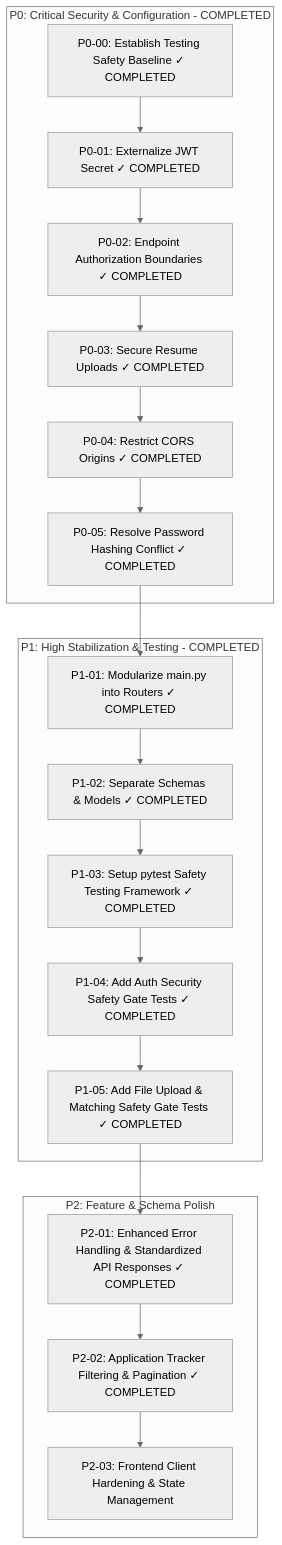
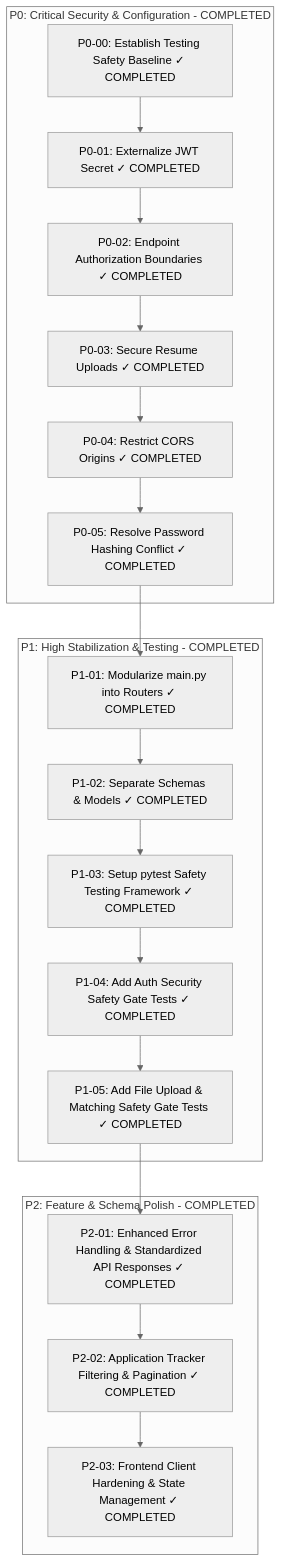
The diagram in docs/ROADMAP.md (AlvinMutie/Job-seer), drawn with Mermaid (neutral theme) before and after one commit. The commit also changed other lines of this file and 25 other files, not shown here.

````diff
--- a/docs/ROADMAP.md
+++ b/docs/ROADMAP.md
@@ -9,27 +9,27 @@
 ```mermaid
 flowchart TD
     subgraph P0 [P0: Critical Security & Configuration - COMPLETED]
         P0-00[P0-00: Establish Testing Safety Baseline ✓ COMPLETED]
         P0-01[P0-01: Externalize JWT Secret ✓ COMPLETED]
         P0-02[P0-02: Endpoint Authorization Boundaries ✓ COMPLETED]
         P0-03[P0-03: Secure Resume Uploads ✓ COMPLETED]
         P0-04[P0-04: Restrict CORS Origins ✓ COMPLETED]
         P0-05[P0-05: Resolve Password Hashing Conflict ✓ COMPLETED]
     end
 
     subgraph P1 [P1: High Stabilization & Testing - COMPLETED]
         P1-01[P1-01: Modularize main.py into Routers ✓ COMPLETED]
         P1-02[P1-02: Separate Schemas & Models ✓ COMPLETED]
         P1-03[P1-03: Setup pytest Safety Testing Framework ✓ COMPLETED]
         P1-04[P1-04: Add Auth Security Safety Gate Tests ✓ COMPLETED]
         P1-05[P1-05: Add File Upload & Matching Safety Gate Tests ✓ COMPLETED]
     end
 
-    subgraph P2 [P2: Feature & Schema Polish]
+    subgraph P2 [P2: Feature & Schema Polish - COMPLETED]
         P2-01[P2-01: Enhanced Error Handling & Standardized API Responses ✓ COMPLETED]
         P2-02[P2-02: Application Tracker Filtering & Pagination ✓ COMPLETED]
-        P2-03[P2-03: Frontend Client Hardening & State Management]
+        P2-03[P2-03: Frontend Client Hardening & State Management ✓ COMPLETED]
     end
 
     P0-00 --> P0-01 --> P0-02 --> P0-03 --> P0-04 --> P0-05 --> P1-01 --> P1-02 --> P1-03 --> P1-04 --> P1-05 --> P2-01 --> P2-02 --> P2-03
 ```
````
